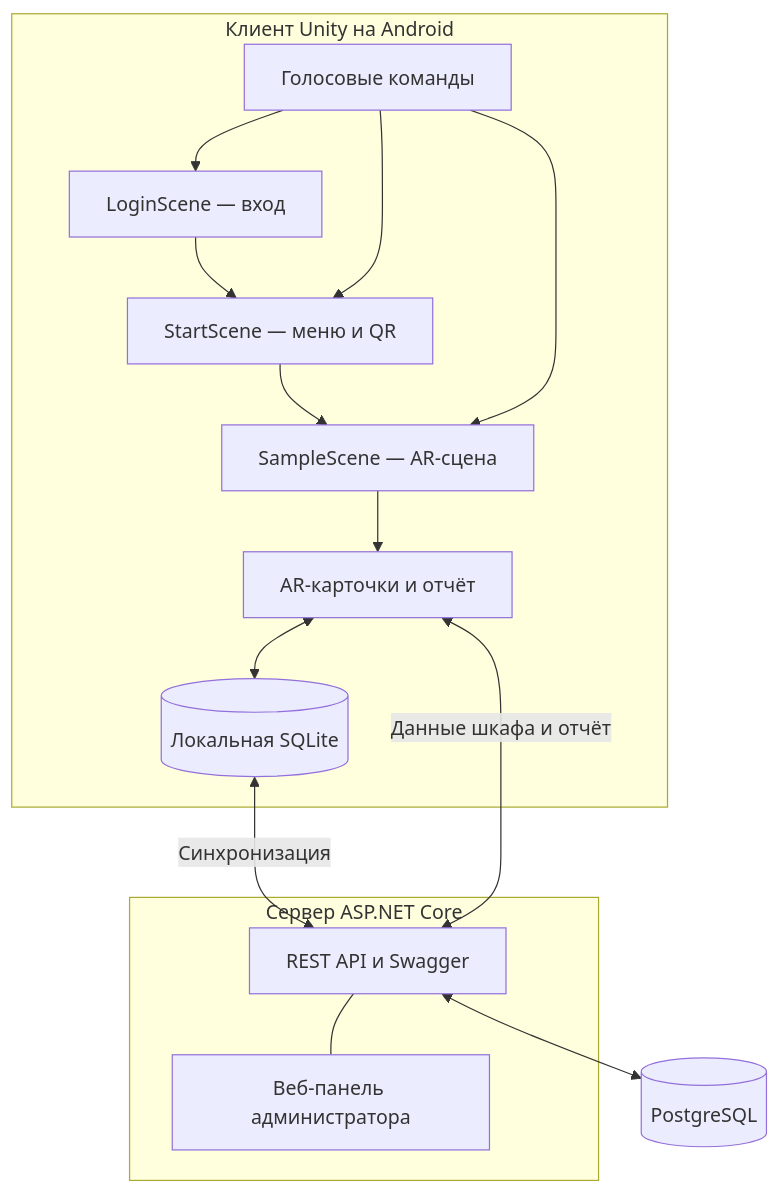
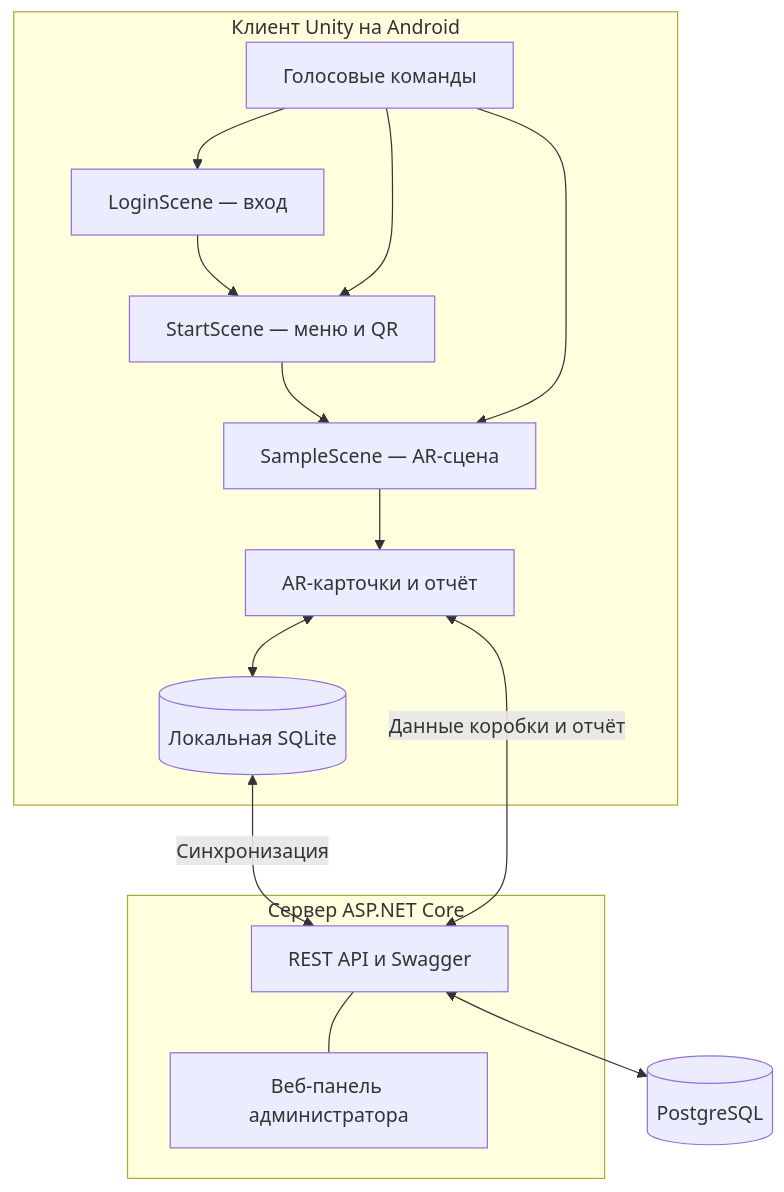
One commit to Dimasyaaa/AR_Unity changed the diagram in README.md. Above: the diagram before and after it, drawn with Mermaid. The commit also changed other lines of this file and 74 other files, not shown here.

````diff
--- a/README.md
+++ b/README.md
@@ -114,27 +114,27 @@
 ```mermaid
 flowchart TB
     subgraph Client[Клиент Unity на Android]
         Login[LoginScene — вход]
         Menu[StartScene — меню и QR]
         AR[SampleScene — AR-сцена]
         Cards[AR-карточки и отчёт]
         Voice[Голосовые команды]
         SQLite[(Локальная SQLite)]
         Login --> Menu --> AR --> Cards
         Voice --> Login
         Voice --> Menu
         Voice --> AR
         Cards <--> SQLite
     end
 
     subgraph Backend[Сервер ASP.NET Core]
         API[REST API и Swagger]
         Admin[Веб-панель администратора]
         API --- Admin
     end
 
     PostgreSQL[(PostgreSQL)]
     SQLite <-->|Синхронизация| API
-    Cards <-->|Данные шкафа и отчёт| API
+    Cards <-->|Данные коробки и отчёт| API
     API <--> PostgreSQL
 ```
````
